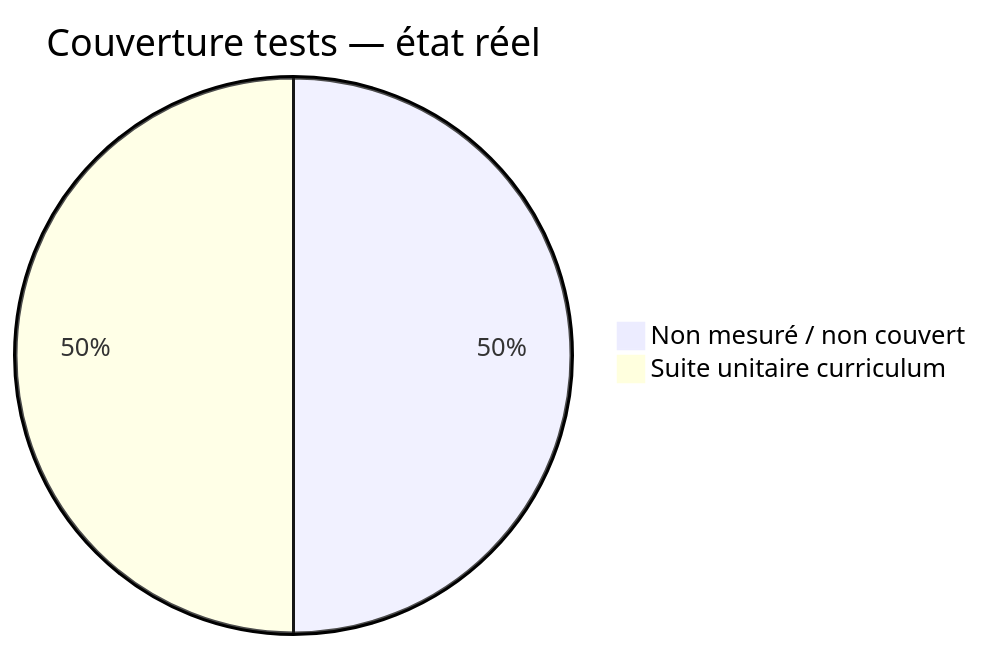
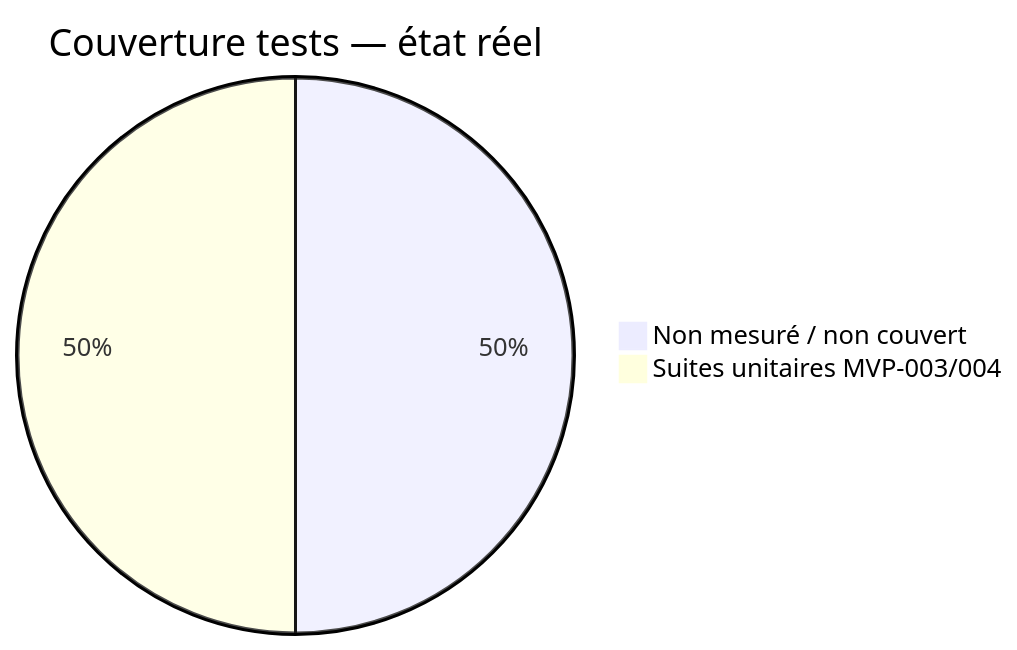
The second of 5 diagrams in docs/runtime/09_TEST_STATUS.md (JavaChrist/Tai-Chi-AI-Coach), drawn with Mermaid before and after one commit. The commit also changed other lines of this file and 30 other files, not shown here.

````diff
--- a/docs/runtime/09_TEST_STATUS.md
+++ b/docs/runtime/09_TEST_STATUS.md
@@ -112,5 +123,5 @@
 ```mermaid
 pie title Couverture tests — état réel
   "Non mesuré / non couvert" : 1
-  "Suite unitaire curriculum" : 1
+  "Suites unitaires MVP-003/004" : 1
 ```
````
